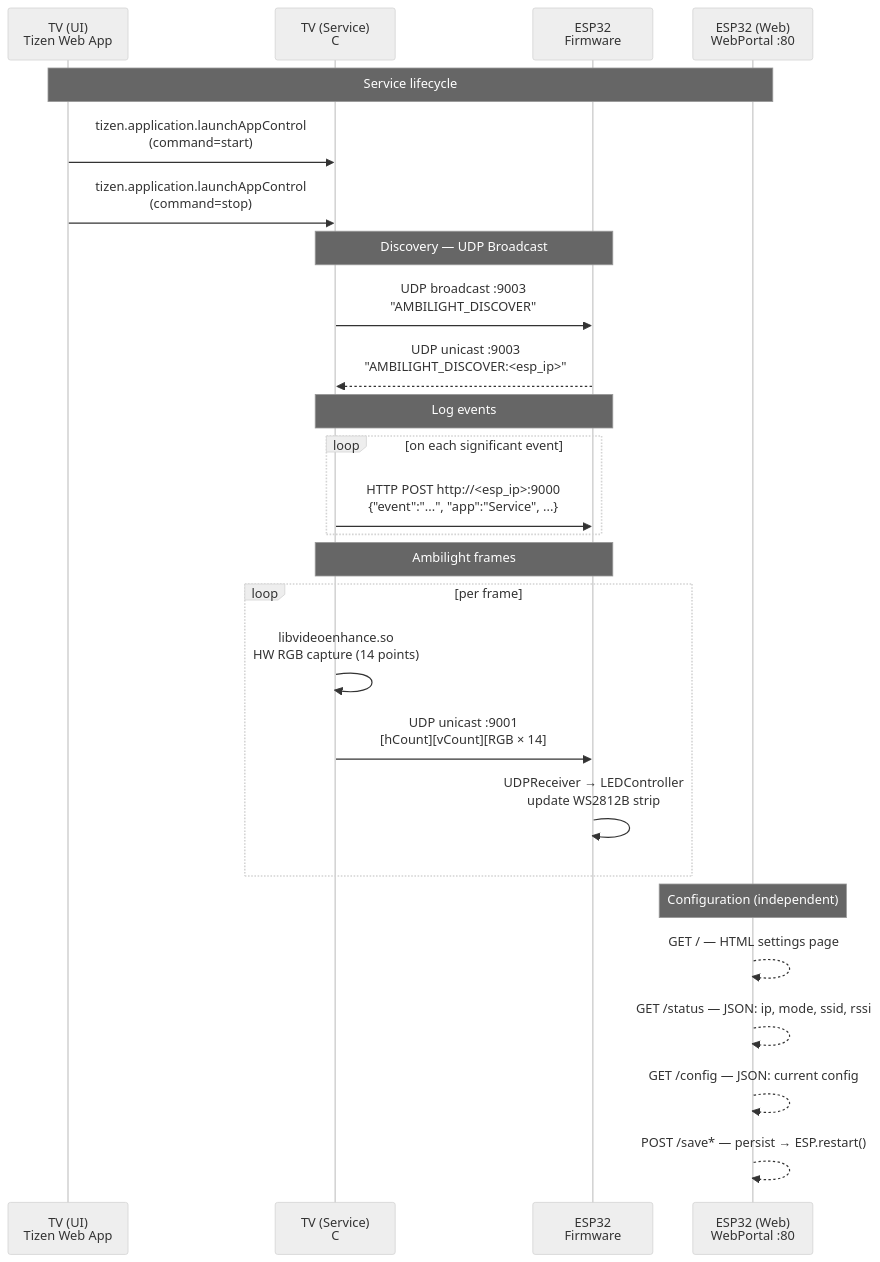
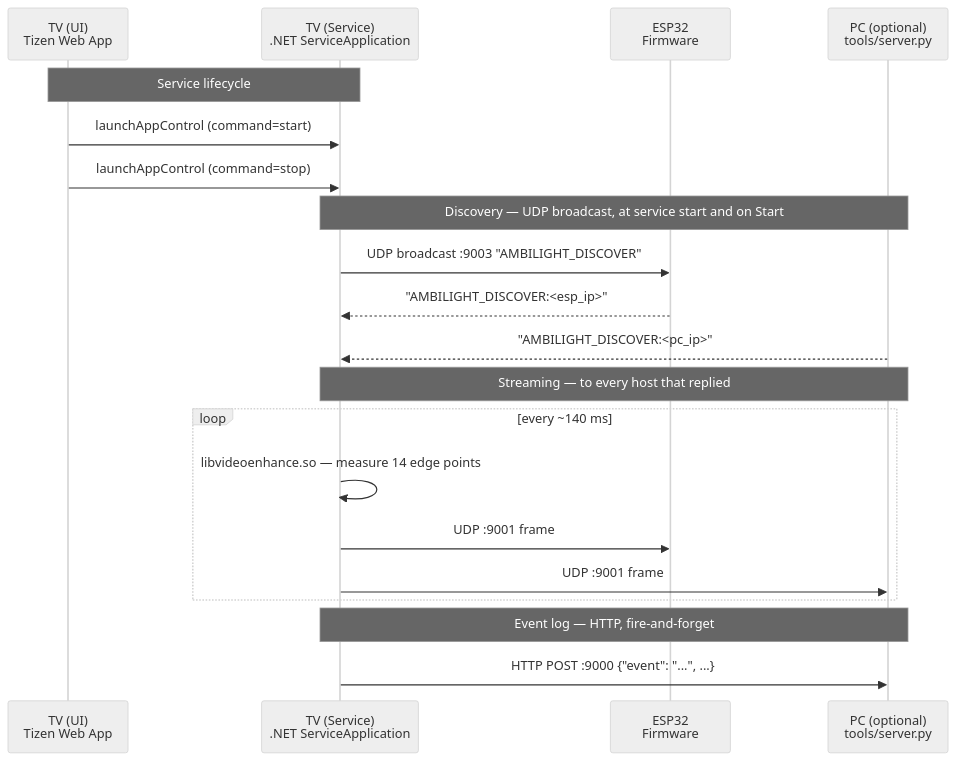
Before and after one commit to exzos28/tizen-os-ambilight: the diagram in docs/NETWORKING.md, drawn with Mermaid (neutral theme). The commit also changed other lines of this file, not shown here.

Commit message:
docs: turn NETWORKING.md into the protocol and HTTP API reference

````diff
--- a/docs/NETWORKING.md
+++ b/docs/NETWORKING.md
@@ -3,38 +5,30 @@
 ```mermaid
 sequenceDiagram
     participant UI as TV (UI)<br/>Tizen Web App
-    participant SVC as TV (Service)<br/>C# ServiceApplication
+    participant SVC as TV (Service)<br/>.NET ServiceApplication
     participant ESP as ESP32<br/>Firmware
-    participant WEB as ESP32 (Web)<br/>WebPortal :80
+    participant PC as PC (optional)<br/>tools/server.py
 
-    Note over UI,WEB: Service lifecycle
+    Note over UI,SVC: Service lifecycle
 
-    UI->>SVC: tizen.application.launchAppControl<br/>(command=start)
-    UI->>SVC: tizen.application.launchAppControl<br/>(command=stop)
+    UI->>SVC: launchAppControl (command=start)
+    UI->>SVC: launchAppControl (command=stop)
 
-    Note over SVC,ESP: Discovery — UDP Broadcast
+    Note over SVC,PC: Discovery — UDP broadcast, at service start and on Start
 
-    SVC->>ESP: UDP broadcast :9003<br/>"AMBILIGHT_DISCOVER"
-    ESP-->>SVC: UDP unicast :9003<br/>"AMBILIGHT_DISCOVER:<esp_ip>"
+    SVC->>ESP: UDP broadcast :9003 "AMBILIGHT_DISCOVER"
+    ESP-->>SVC: "AMBILIGHT_DISCOVER:<esp_ip>"
+    PC-->>SVC: "AMBILIGHT_DISCOVER:<pc_ip>"
 
-    Note over SVC,ESP: Log events
+    Note over SVC,PC: Streaming — to every host that replied
 
-    loop on each significant event
-        SVC->>ESP: HTTP POST http://<esp_ip>:9000<br/>{"event":"...", "app":"Service", ...}
+    loop every ~140 ms
+        SVC->>SVC: libvideoenhance.so — measure 14 edge points
+        SVC->>ESP: UDP :9001 frame
+        SVC->>PC: UDP :9001 frame
     end
 
-    Note over SVC,ESP: Ambilight frames
+    Note over SVC,PC: Event log — HTTP, fire-and-forget
 
-    loop per frame
-        SVC->>SVC: libvideoenhance.so<br/>HW RGB capture (14 points)
-        SVC->>ESP: UDP unicast :9001<br/>[hCount][vCount][RGB × 14]
-        ESP->>ESP: UDPReceiver → LEDController<br/>update WS2812B strip
-    end
-
-    Note over WEB: Configuration (independent)
-
-    WEB-->>WEB: GET /        — HTML settings page
-    WEB-->>WEB: GET /status  — JSON: ip, mode, ssid, rssi
-    WEB-->>WEB: GET /config  — JSON: current config
-    WEB-->>WEB: POST /save*  — persist → ESP.restart()
+    SVC->>PC: HTTP POST :9000 {"event": "...", ...}
 ```
````
